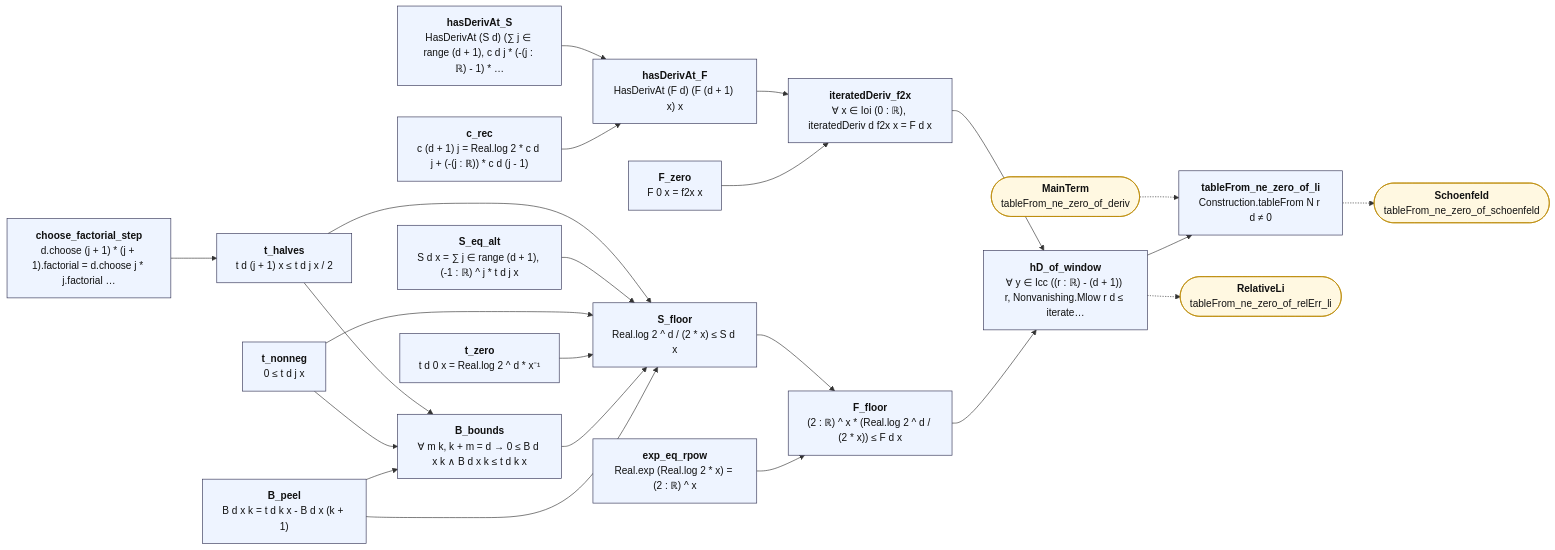
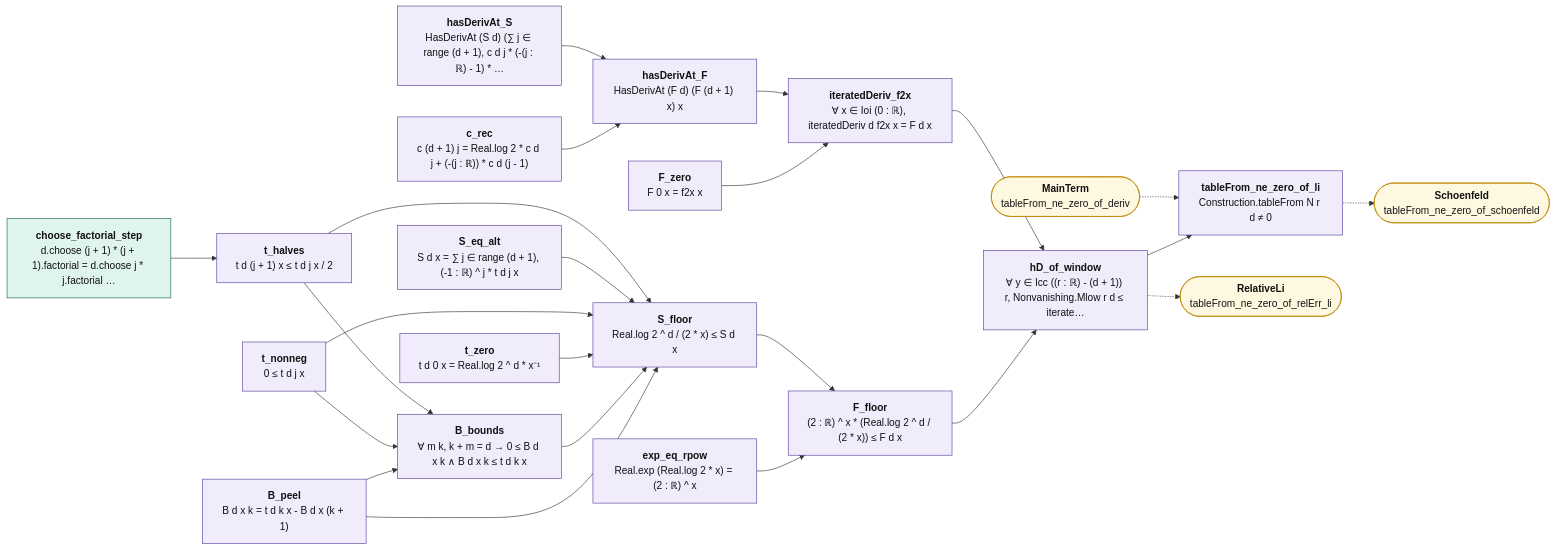
Before and after one commit to juliansambranojr/Primebeat_081426: the diagram in map/lean/Expansion.md, drawn with Mermaid. The commit also changed other lines of this file and 398 other files, not shown here.

````diff
--- a/map/lean/Expansion.md
+++ b/map/lean/Expansion.md
@@ -12,50 +12,53 @@
 ```mermaid
 flowchart LR
-  n0["<b>exp_eq_rpow</b><br/>Real.exp (Real.log 2 * x) = (2 : ℝ) ^ x"]:::thm
-  n1["<b>F_zero</b><br/>F 0 x = f2x x"]:::thm
-  n2["<b>c_rec</b><br/>c (d + 1) j = Real.log 2 * c d j + (-(j : ℝ)) * c d (j - 1)"]:::thm
-  n3["<b>hasDerivAt_S</b><br/>HasDerivAt (S d) (∑ j ∈ range (d + 1), c d j * (-(j : ℝ) - 1) * …"]:::thm
-  n4["<b>hasDerivAt_F</b><br/>HasDerivAt (F d) (F (d + 1) x) x"]:::thm
-  n5["<b>iteratedDeriv_f2x</b><br/>∀ x ∈ Ioi (0 : ℝ), iteratedDeriv d f2x x = F d x"]:::thm
-  n6["<b>t_nonneg</b><br/>0 ≤ t d j x"]:::thm
-  n7["<b>S_eq_alt</b><br/>S d x = ∑ j ∈ range (d + 1), (-1 : ℝ) ^ j * t d j x"]:::thm
-  n8["<b>choose_factorial_step</b><br/>d.choose (j + 1) * (j + 1).factorial = d.choose j * j.factorial …"]:::thm
-  n9["<b>t_halves</b><br/>t d (j + 1) x ≤ t d j x / 2"]:::thm
-  n10["<b>B_peel</b><br/>B d x k = t d k x - B d x (k + 1)"]:::thm
-  n11["<b>B_bounds</b><br/>∀ m k, k + m = d → 0 ≤ B d x k ∧ B d x k ≤ t d k x"]:::thm
-  n12["<b>t_zero</b><br/>t d 0 x = Real.log 2 ^ d * x⁻¹"]:::thm
-  n13["<b>S_floor</b><br/>Real.log 2 ^ d / (2 * x) ≤ S d x"]:::thm
-  n14["<b>F_floor</b><br/>(2 : ℝ) ^ x * (Real.log 2 ^ d / (2 * x)) ≤ F d x"]:::thm
-  n15["<b>hD_of_window</b><br/>∀ y ∈ Icc ((r : ℝ) - (d + 1)) r, Nonvanishing.Mlow r d ≤ iterate…"]:::thm
-  n16["<b>tableFrom_ne_zero_of_li</b><br/>Construction.tableFrom N r d ≠ 0"]:::thm
+  n0["<b>exp_eq_rpow</b><br/>Real.exp (Real.log 2 * x) = (2 : ℝ) ^ x"]:::shp
+  n1["<b>F_zero</b><br/>F 0 x = f2x x"]:::shp
+  n2["<b>c_rec</b><br/>c (d + 1) j = Real.log 2 * c d j + (-(j : ℝ)) * c d (j - 1)"]:::shp
+  n3["<b>hasDerivAt_S</b><br/>HasDerivAt (S d) (∑ j ∈ range (d + 1), c d j * (-(j : ℝ) - 1) * …"]:::shp
+  n4["<b>hasDerivAt_F</b><br/>HasDerivAt (F d) (F (d + 1) x) x"]:::shp
+  n5["<b>iteratedDeriv_f2x</b><br/>∀ x ∈ Ioi (0 : ℝ), iteratedDeriv d f2x x = F d x"]:::shp
+  n6["<b>t_nonneg</b><br/>0 ≤ t d j x"]:::shp
+  n7["<b>S_eq_alt</b><br/>S d x = ∑ j ∈ range (d + 1), (-1 : ℝ) ^ j * t d j x"]:::shp
+  n8["<b>choose_factorial_step</b><br/>d.choose (j + 1) * (j + 1).factorial = d.choose j * j.factorial …"]:::cnt
+  n9["<b>t_halves</b><br/>t d (j + 1) x ≤ t d j x / 2"]:::shp
+  n10["<b>B_peel</b><br/>B d x k = t d k x - B d x (k + 1)"]:::shp
+  n11["<b>B_bounds</b><br/>∀ m k, k + m = d → 0 ≤ B d x k ∧ B d x k ≤ t d k x"]:::shp
+  n12["<b>t_zero</b><br/>t d 0 x = Real.log 2 ^ d * x⁻¹"]:::shp
+  n13["<b>S_floor</b><br/>Real.log 2 ^ d / (2 * x) ≤ S d x"]:::shp
+  n14["<b>F_floor</b><br/>(2 : ℝ) ^ x * (Real.log 2 ^ d / (2 * x)) ≤ F d x"]:::shp
+  n15["<b>hD_of_window</b><br/>∀ y ∈ Icc ((r : ℝ) - (d + 1)) r, Nonvanishing.Mlow r d ≤ iterate…"]:::shp
+  n16["<b>tableFrom_ne_zero_of_li</b><br/>Construction.tableFrom N r d ≠ 0"]:::shp
   x0(["<b>RelativeLi</b><br/>tableFrom_ne_zero_of_relErr_li"]):::ext
   x1(["<b>MainTerm</b><br/>tableFrom_ne_zero_of_deriv"]):::ext
   x2(["<b>Schoenfeld</b><br/>tableFrom_ne_zero_of_schoenfeld"]):::ext
   n0 --> n14
   n1 --> n5
   n10 --> n11
   n10 --> n13
   n11 --> n13
   n12 --> n13
   n13 --> n14
   n14 --> n15
   n15 --> n16
   n2 --> n4
   n3 --> n4
   n4 --> n5
   n5 --> n15
   n6 --> n11
   n6 --> n13
   n7 --> n13
   n8 --> n9
   n9 --> n11
   n9 --> n13
   n15 -.-> x0
   n16 -.-> x2
   x1 -.-> n16
+  classDef cnt fill:#dff5ec,stroke:#17694a,color:#111
+  classDef shp fill:#f1ecfb,stroke:#5b3fa0,color:#111
+  classDef rh fill:#ffe5e5,stroke:#c22,color:#111,stroke-width:2px
   classDef thm fill:#eef4ff,stroke:#335,color:#111
   classDef end_ fill:#e7f7e7,stroke:#2a7,color:#111,stroke-width:2px
   classDef lone fill:#fff,stroke:#999,color:#111,stroke-dasharray:4 3
   classDef bad fill:#ffe5e5,stroke:#c22,color:#111,stroke-width:2px
   classDef ext fill:#fff8e1,stroke:#b80,color:#111
 ```
````
